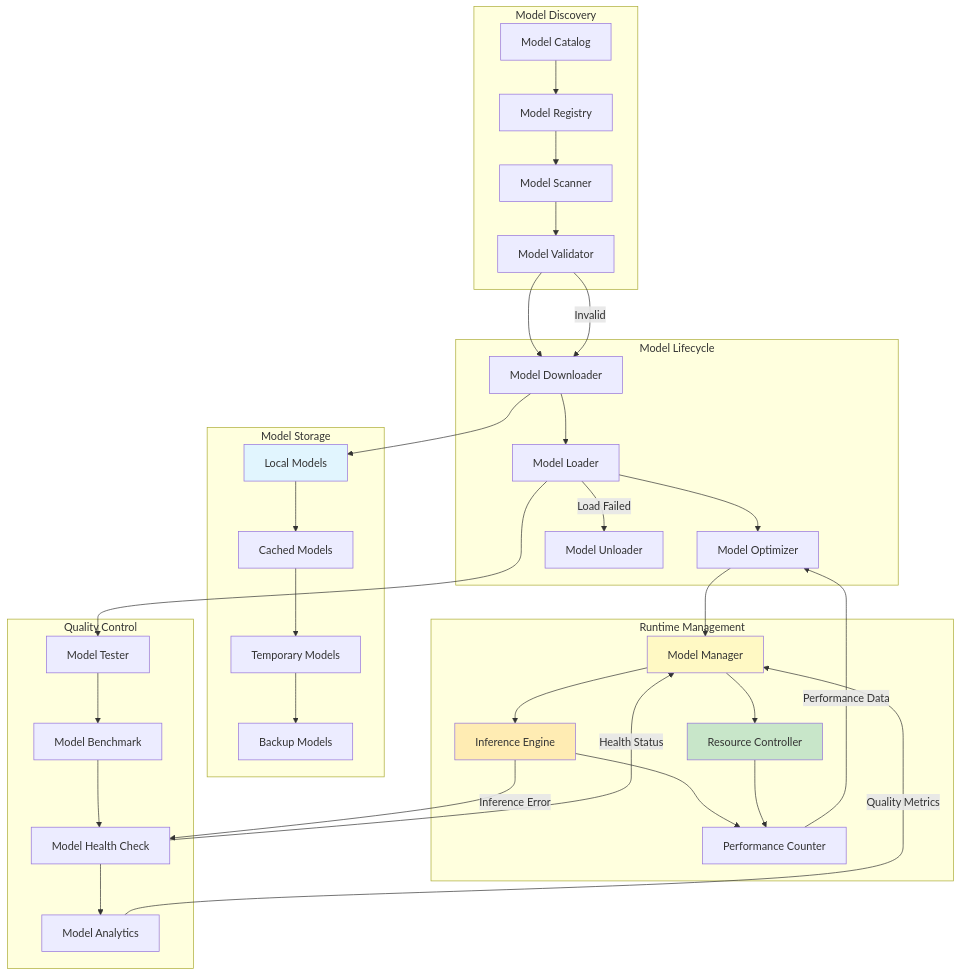
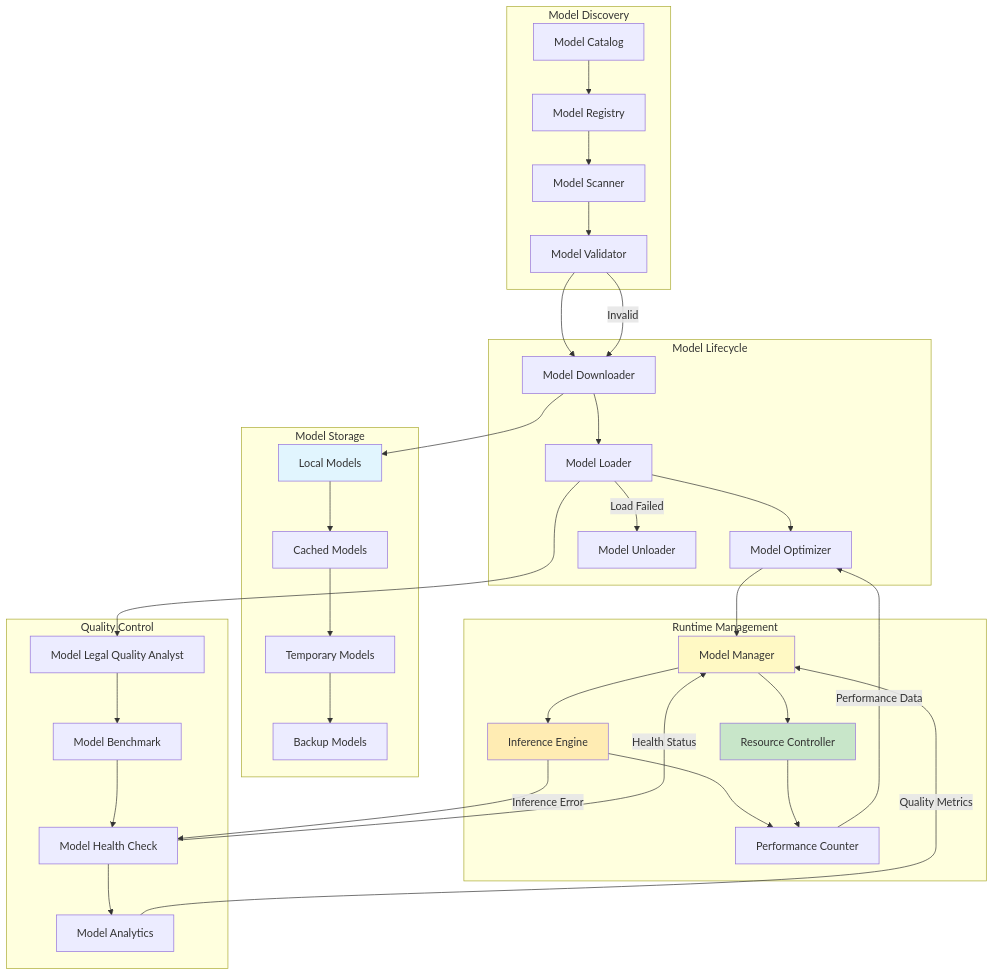
Before and after one commit to KingOfTheAce2/BEAR_AI: the seventh of 16 diagrams in docs/SYSTEM_DIAGRAMS_BLUEPRINTS.md, drawn with Mermaid. The commit also changed other lines of this file and 35 other files, not shown here.

````diff
--- a/docs/SYSTEM_DIAGRAMS_BLUEPRINTS.md
+++ b/docs/SYSTEM_DIAGRAMS_BLUEPRINTS.md
@@ -498,76 +498,76 @@
 ```mermaid
 graph TD
     subgraph "Model Discovery"
         MC[Model Catalog]
         MR[Model Registry]
         MS[Model Scanner]
         MV[Model Validator]
     end
     
     subgraph "Model Lifecycle"
         MD[Model Downloader]
         ML[Model Loader]
         MO[Model Optimizer]
         MU[Model Unloader]
     end
     
     subgraph "Runtime Management"
         MM[Model Manager]
         IE[Inference Engine]
         RC[Resource Controller]
         PC[Performance Counter]
     end
     
     subgraph "Model Storage"
         LM[Local Models]
         CM[Cached Models]
         TM[Temporary Models]
         BM[Backup Models]
     end
     
     subgraph "Quality Control"
-        MT[Model Tester]
+        MT[Model Legal Quality Analyst]
         MB[Model Benchmark]
         MH[Model Health Check]
         MA[Model Analytics]
     end
     
     MC --> MR
     MR --> MS
     MS --> MV
     MV --> MD
     
     MD --> LM
     MD --> ML
     ML --> MO
     MO --> MM
     
     MM --> IE
     MM --> RC
     IE --> PC
     RC --> PC
     
     LM --> CM
     CM --> TM
     TM --> BM
     
     ML --> MT
     MT --> MB
     MB --> MH
     MH --> MA
     
     %% Feedback loops
     MA -->|Quality Metrics| MM
     PC -->|Performance Data| MO
     MH -->|Health Status| MM
     
     %% Error handling
     MV -->|Invalid| MD
     ML -->|Load Failed| MU
     IE -->|Inference Error| MH
     
     style MM fill:#fff9c4
     style IE fill:#ffecb3
     style RC fill:#c8e6c9
     style LM fill:#e1f5fe
 ```
````
